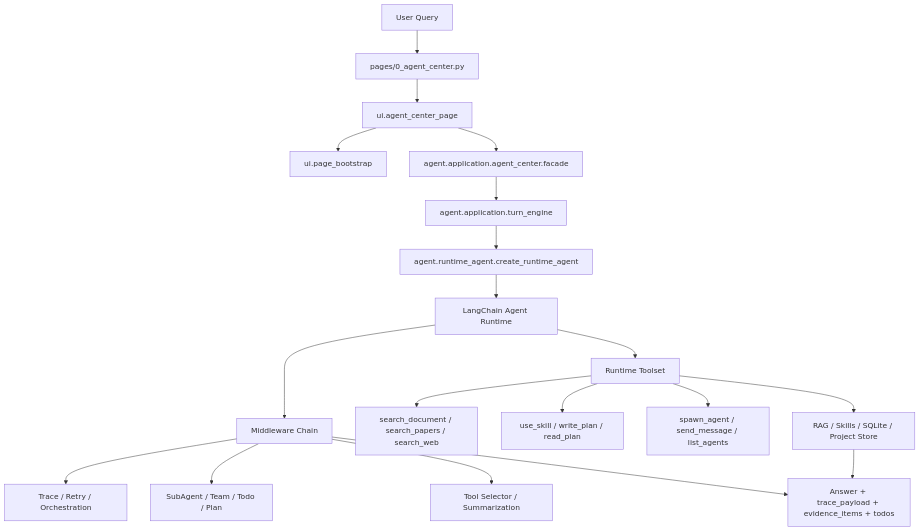
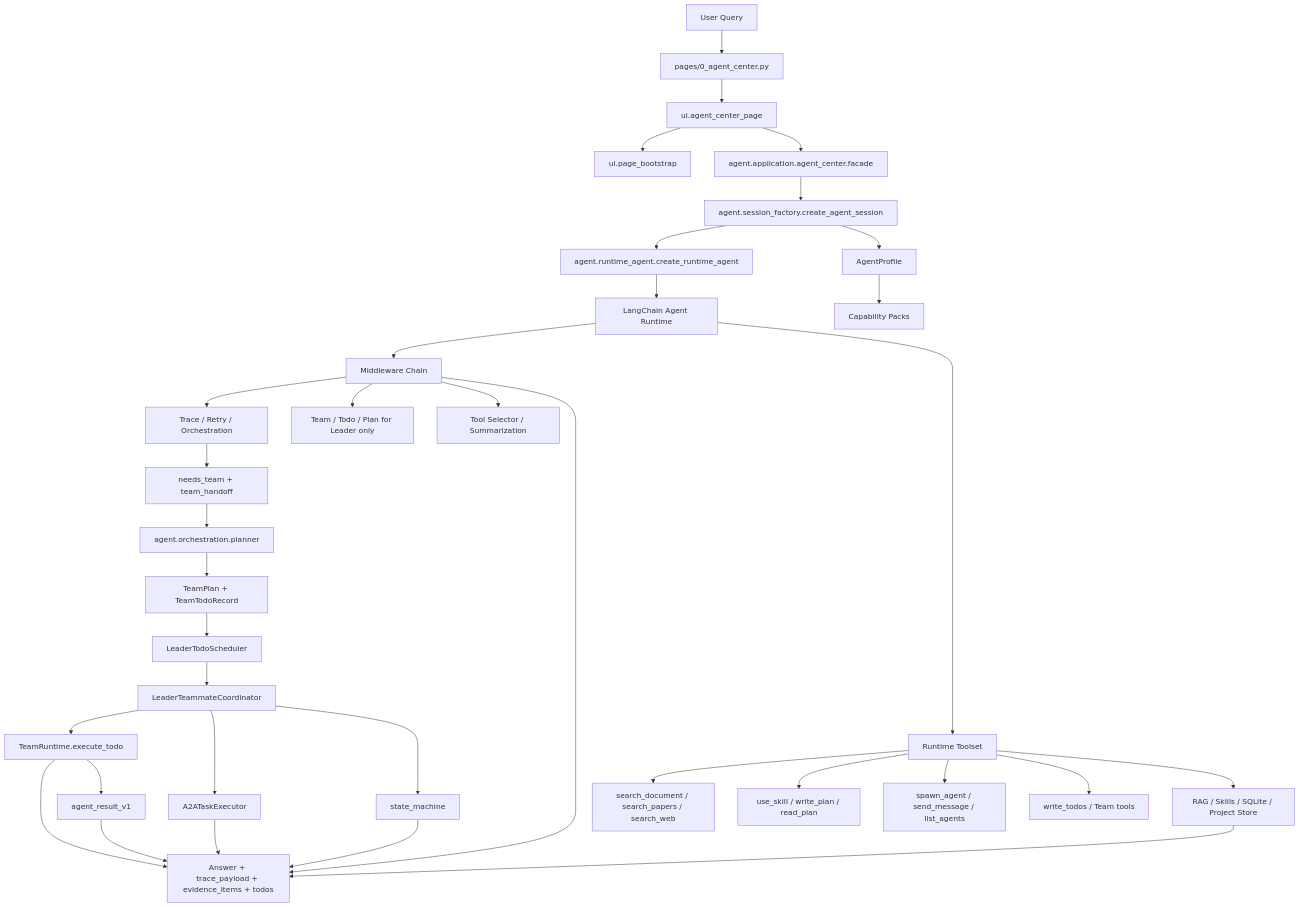
One commit to 0verL1nk/PaperSage changed the first of 3 diagrams in README_EN.md. Above: the diagram before and after it, drawn with Mermaid. The commit also changed other lines of this file and 83 other files, not shown here.

First line of the commit message:
feat: team architecture upgrade (#28)

````diff
--- a/README_EN.md
+++ b/README_EN.md
@@ -91,21 +95,37 @@
 ```mermaid
 flowchart TD
     A[User Query] --> B[pages/0_agent_center.py]
     B --> C[ui.agent_center_page]
     C --> D[ui.page_bootstrap]
     C --> E[agent.application.agent_center.facade]
-    E --> F[agent.application.turn_engine]
+    E --> F[agent.session_factory.create_agent_session]
     F --> G[agent.runtime_agent.create_runtime_agent]
     G --> H[LangChain Agent Runtime]
     H --> I[Middleware Chain]
     I --> I1[Trace / Retry / Orchestration]
-    I --> I2[SubAgent / Team / Todo / Plan]
+    I --> I2[Team / Todo / Plan for Leader only]
     I --> I3[Tool Selector / Summarization]
+    F --> P1[AgentProfile]
+    P1 --> P2[Capability Packs]
+    I1 --> M1[needs_team + team_handoff]
+    M1 --> M2[agent.orchestration.planner]
+    M2 --> M3[TeamPlan + TeamTodoRecord]
+    M3 --> M4[LeaderTodoScheduler]
+    M4 --> M5[LeaderTeammateCoordinator]
+    M5 --> M6[TeamRuntime.execute_todo]
+    M5 --> M7[A2ATaskExecutor]
+    M5 --> M8[state_machine]
     H --> J[Runtime Toolset]
     J --> J1[search_document / search_papers / search_web]
     J --> J2[use_skill / write_plan / read_plan]
     J --> J3[spawn_agent / send_message / list_agents]
+    J --> J4[write_todos / Team tools]
     J --> K[RAG / Skills / SQLite / Project Store]
-    I --> L[Answer + trace_payload + evidence_items + todos]
+    M6 --> L[Answer + trace_payload + evidence_items + todos]
+    M7 --> L
+    M8 --> L
+    I --> L
     K --> L
+    M6 --> R[agent_result_v1]
+    R --> L
 ```
````
